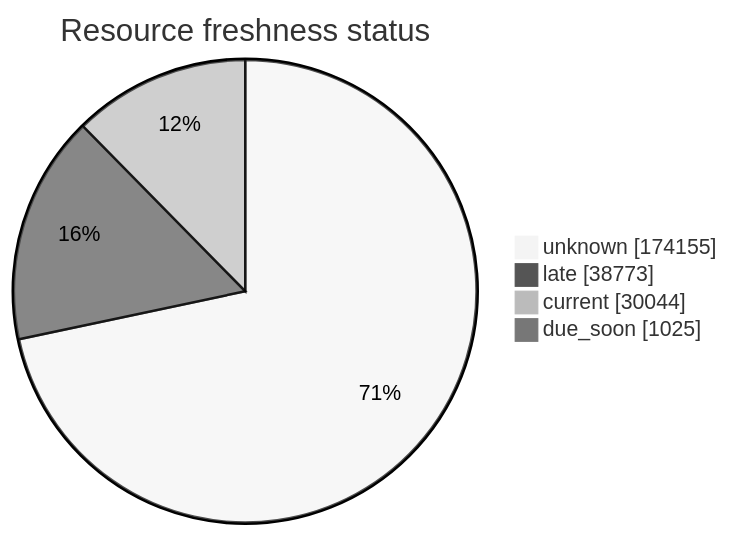
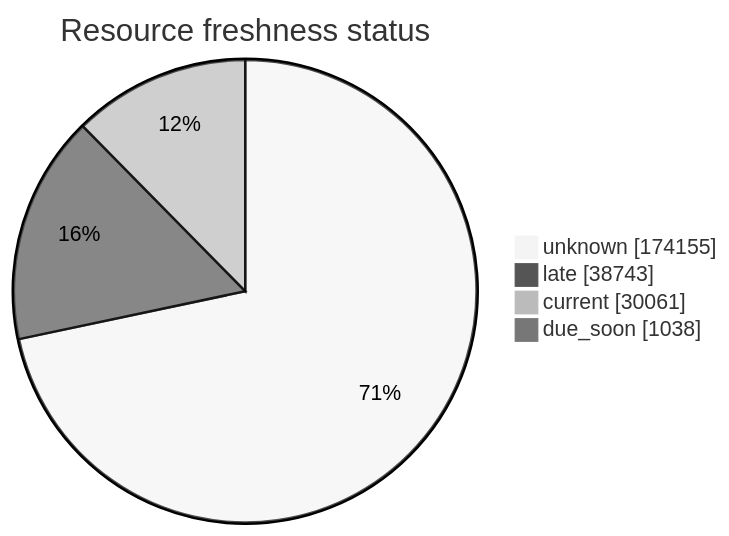
Before and after one commit to open-data/analytics-corporate-reporting: the third of 5 diagrams in FreshCheck/README.md, drawn with Mermaid (neutral theme). The commit also changed other lines of this file and 3 other files, not shown here.

````diff
--- a/FreshCheck/README.md
+++ b/FreshCheck/README.md
@@ -77,7 +77,7 @@
 ```mermaid
 pie showData title Resource freshness status
     "unknown": 174155
-    "late": 38773
-    "current": 30044
-    "due_soon": 1025
+    "late": 38743
+    "current": 30061
+    "due_soon": 1038
 ```
````
